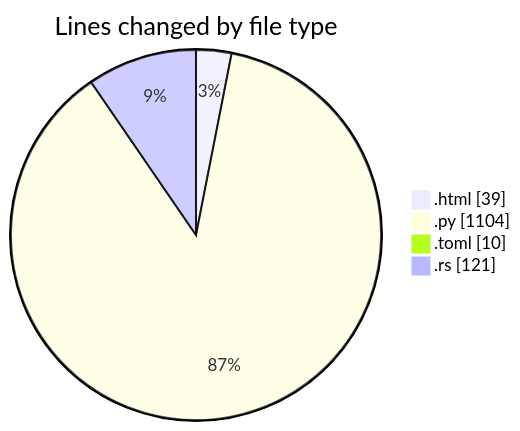
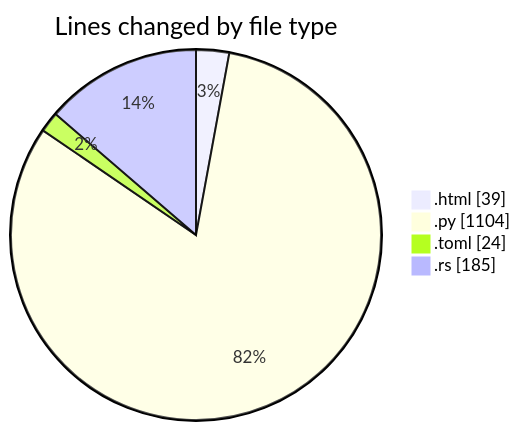
The first of 2 diagrams in 2025-06-22/___base/README.md (Ritupan-Deka/code-tracking), drawn with Mermaid before and after one commit. The commit also changed other lines of this file and 1 other file, not shown here.

````diff
--- a/2025-06-22/___base/README.md
+++ b/2025-06-22/___base/README.md
@@ -25,8 +25,8 @@
 ```mermaid
 pie showData
 title Lines changed by file type
 ".html" : 39
 ".py" : 1104
-".toml" : 10
-".rs" : 121
+".toml" : 24
+".rs" : 185
 ```
````
